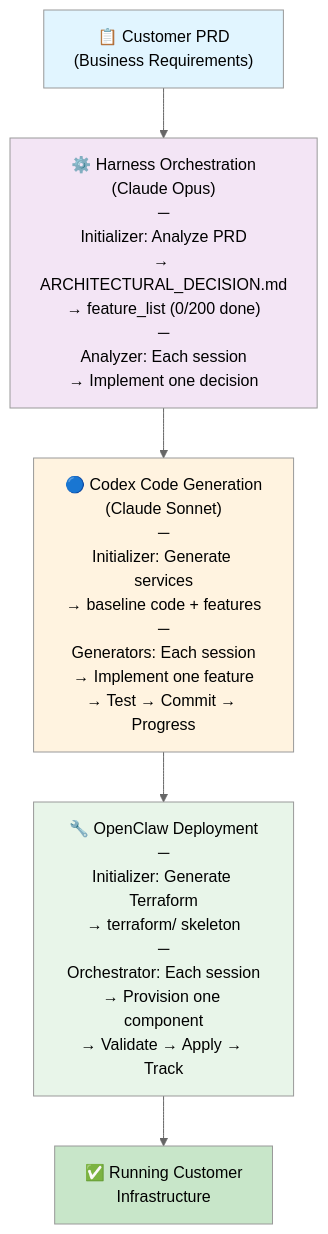
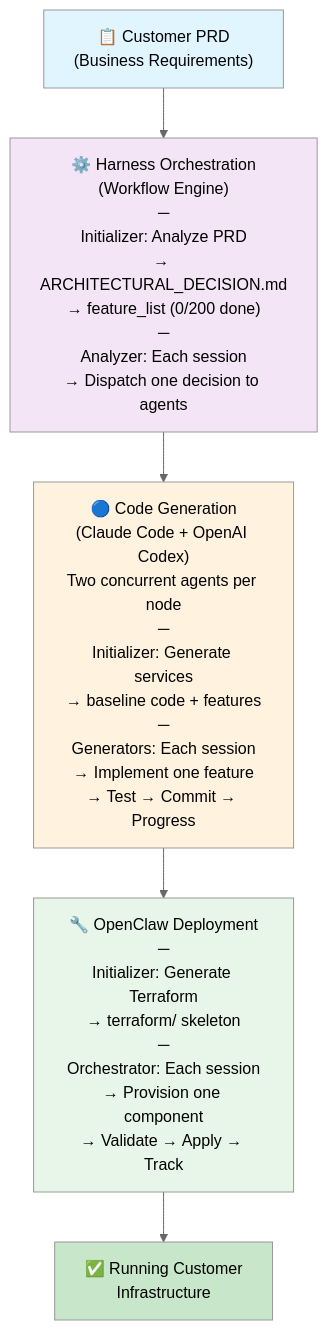
Before and after one commit to grantreid74/dev-house: the first of 2 diagrams in docs/architecture/overview.md, drawn with Mermaid (neutral theme). The commit also changed other lines of this file and 5 other files, not shown here.

````diff
--- a/docs/architecture/overview.md
+++ b/docs/architecture/overview.md
@@ -15,23 +15,23 @@
 ```mermaid
 graph TD
     PRD["📋 Customer PRD<br/>(Business Requirements)"]
 
-    HARNESS["⚙️ Harness Orchestration<br/>(Claude Opus)<br/>─<br/>Initializer: Analyze PRD<br/>→ ARCHITECTURAL_DECISION.md<br/>→ feature_list (0/200 done)<br/>─<br/>Analyzer: Each session<br/>→ Implement one decision"]
+    HARNESS["⚙️ Harness Orchestration<br/>(Workflow Engine)<br/>─<br/>Initializer: Analyze PRD<br/>→ ARCHITECTURAL_DECISION.md<br/>→ feature_list (0/200 done)<br/>─<br/>Analyzer: Each session<br/>→ Dispatch one decision to agents"]
 
-    CODEX["🔵 Codex Code Generation<br/>(Claude Sonnet)<br/>─<br/>Initializer: Generate services<br/>→ baseline code + features<br/>─<br/>Generators: Each session<br/>→ Implement one feature<br/>→ Test → Commit → Progress"]
+    CODEX["🔵 Code Generation<br/>(Claude Code + OpenAI Codex)<br/>Two concurrent agents per node<br/>─<br/>Initializer: Generate services<br/>→ baseline code + features<br/>─<br/>Generators: Each session<br/>→ Implement one feature<br/>→ Test → Commit → Progress"]
 
     OPENCLAW["🔧 OpenClaw Deployment<br/>─<br/>Initializer: Generate Terraform<br/>→ terraform/ skeleton<br/>─<br/>Orchestrator: Each session<br/>→ Provision one component<br/>→ Validate → Apply → Track"]
 
     RUNNING["✅ Running Customer<br/>Infrastructure"]
 
     PRD --> HARNESS
     HARNESS --> CODEX
     CODEX --> OPENCLAW
     OPENCLAW --> RUNNING
 
     style PRD fill:#e1f5ff
     style HARNESS fill:#f3e5f5
     style CODEX fill:#fff3e0
     style OPENCLAW fill:#e8f5e9
     style RUNNING fill:#c8e6c9
 ```
````
